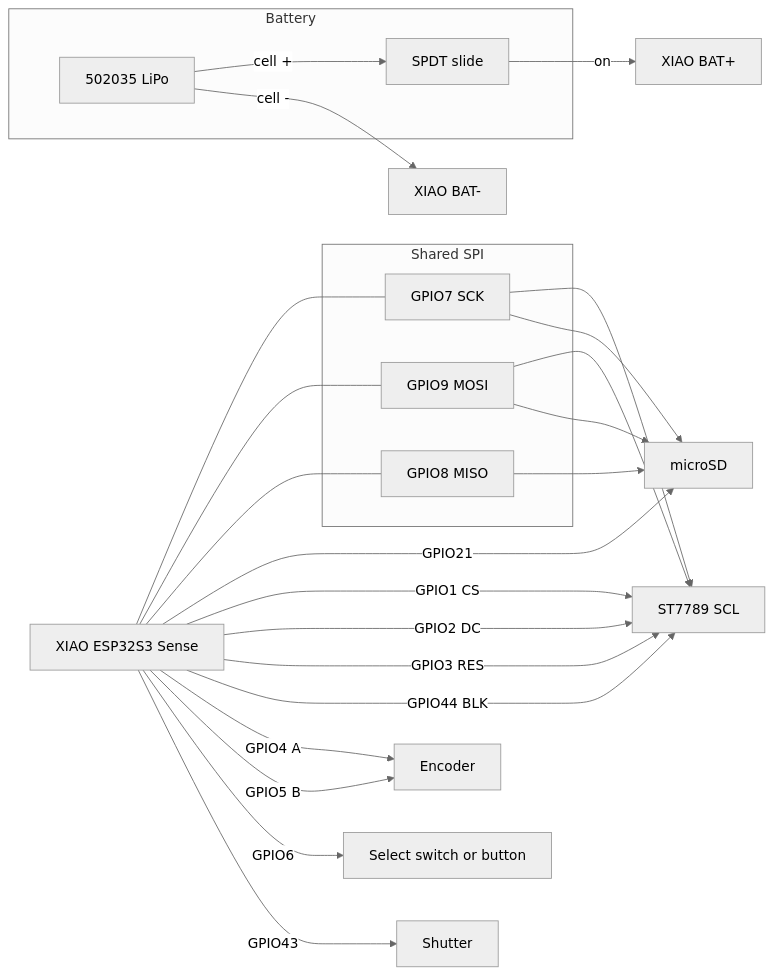
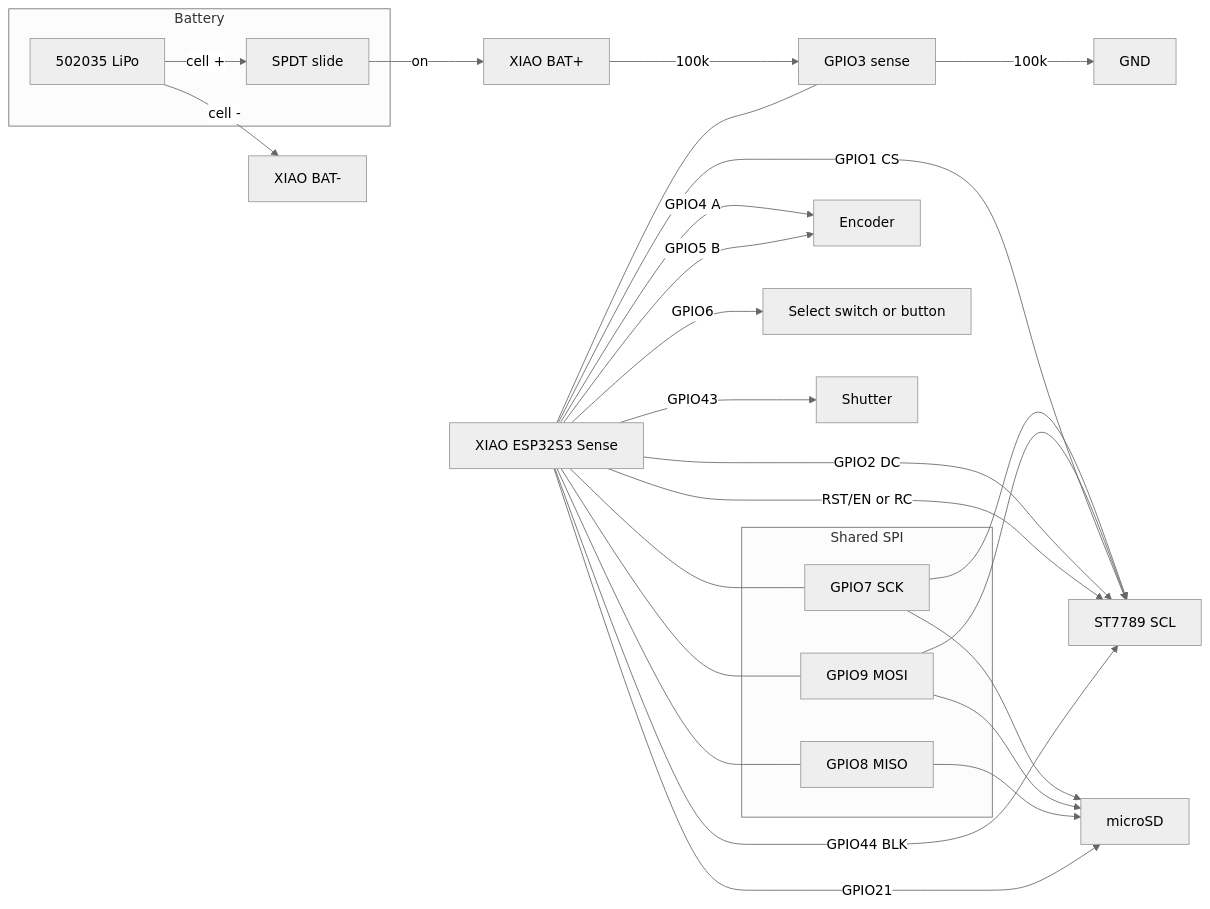
One commit to mm-nair/Somnium changed the diagram in hardware/xiao-sense/README.md. Above: the diagram before and after it, drawn with Mermaid (neutral theme). The commit also changed other lines of this file and 9 other files, not shown here.

````diff
--- a/hardware/xiao-sense/README.md
+++ b/hardware/xiao-sense/README.md
@@ -143,35 +177,38 @@
 ```mermaid
 flowchart LR
   subgraph pack [Battery]
     Cell[502035 LiPo]
     Sw[SPDT slide]
   end
   Cell -->|cell +| Sw
   Sw -->|on| BatP[XIAO BAT+]
   Cell -->|cell -| BatN[XIAO BAT-]
 
   subgraph spi [Shared SPI]
     Sck[GPIO7 SCK]
     Mosi[GPIO9 MOSI]
     Miso[GPIO8 MISO]
   end
 
   XIAO[XIAO ESP32S3 Sense]
   XIAO --- Sck
   XIAO --- Mosi
   XIAO --- Miso
   Sck --> TFT[ST7789 SCL]
   Mosi --> TFT
   Sck --> Card[microSD]
   Mosi --> Card
   Miso --> Card
   XIAO -->|GPIO21| Card
   XIAO -->|GPIO1 CS| TFT
   XIAO -->|GPIO2 DC| TFT
-  XIAO -->|GPIO3 RES| TFT
+  XIAO -->|RST/EN or RC| TFT
+  BatP -->|100k| Sense[GPIO3 sense]
+  Sense -->|100k| GND
+  XIAO --- Sense
   XIAO -->|GPIO44 BLK| TFT
   XIAO -->|GPIO4 A| Enc[Encoder]
   XIAO -->|GPIO5 B| Enc
   XIAO -->|GPIO6| Sel[Select switch or button]
   XIAO -->|GPIO43| Shut[Shutter]
 ```
````
